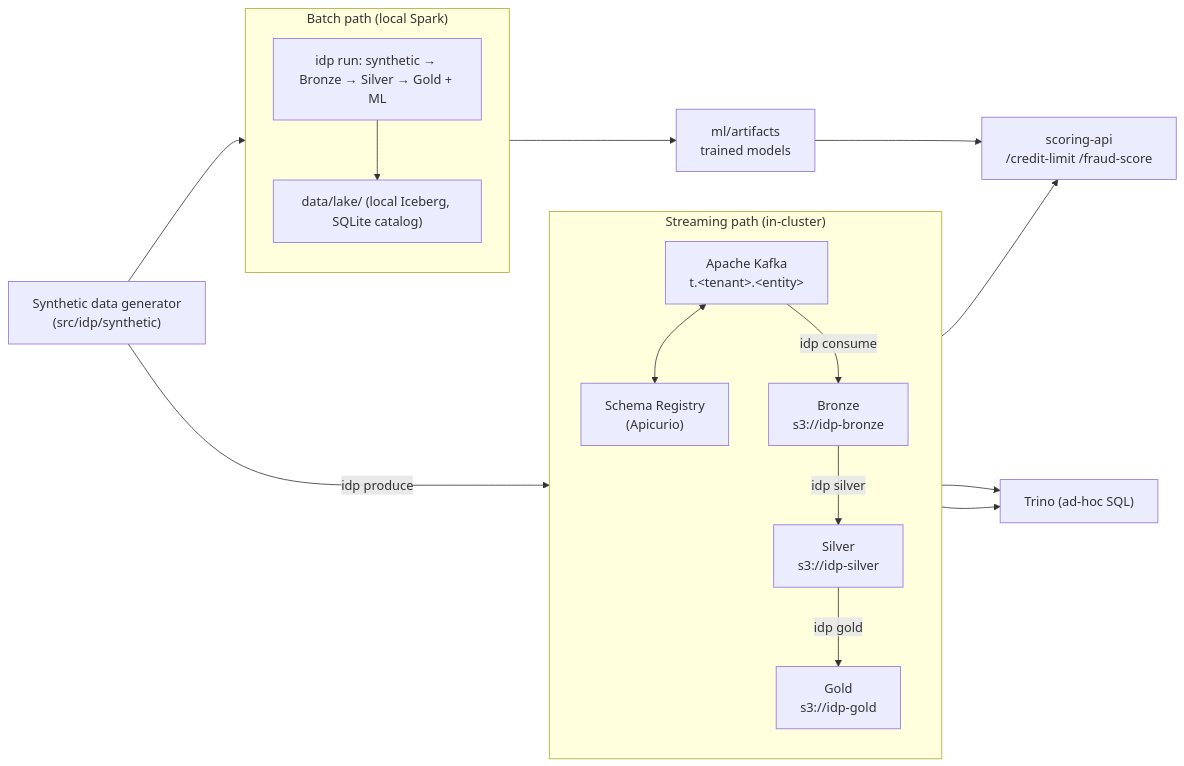
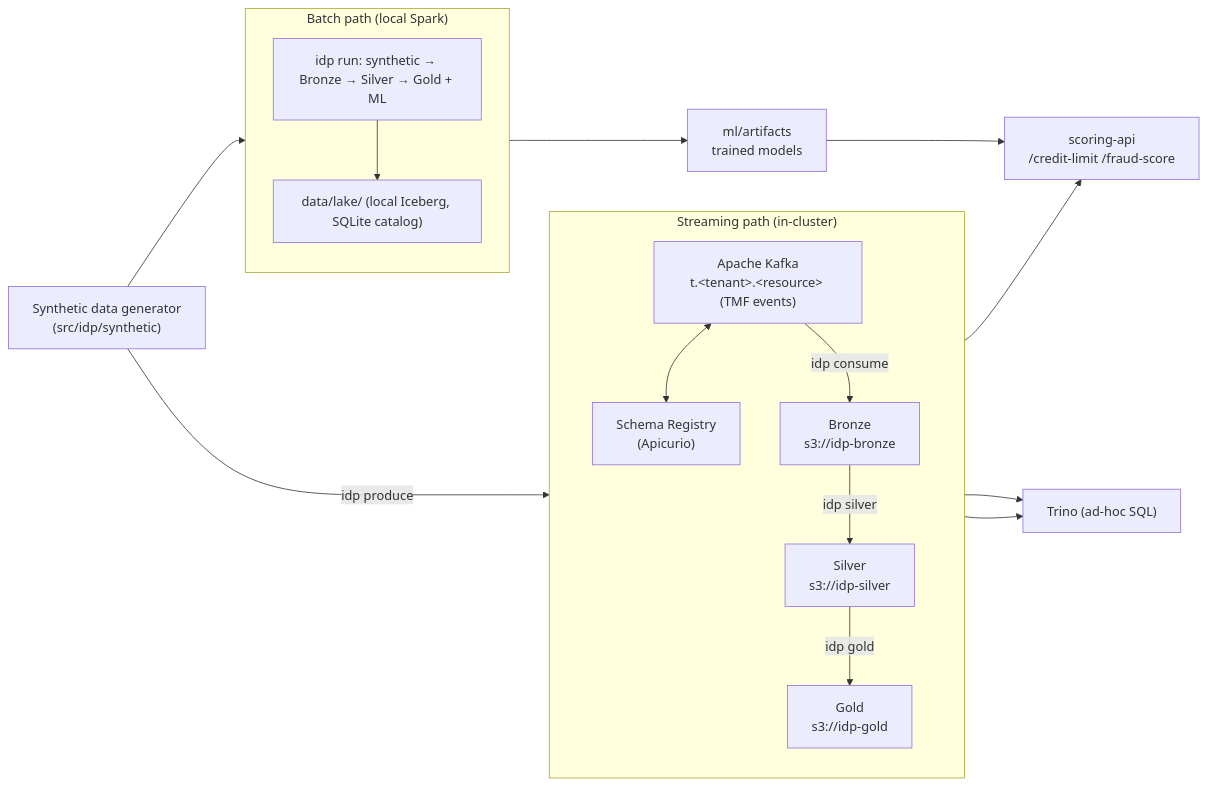
Before and after one commit to vikasagarwal2485/intelligent_data_platform: the first of 2 diagrams in README.md, drawn with Mermaid. The commit also changed other lines of this file and 54 other files, not shown here.

````diff
--- a/README.md
+++ b/README.md
@@ -103,33 +103,33 @@
 ```mermaid
 flowchart LR
     SYN["Synthetic data generator<br/>(src/idp/synthetic)"]
 
     subgraph BATCH["Batch path (local Spark)"]
       direction TB
       B_ALL["idp run: synthetic → Bronze → Silver → Gold + ML"]
       B_OUT["data/lake/ (local Iceberg, SQLite catalog)"]
       B_ALL --> B_OUT
     end
 
     subgraph STREAM["Streaming path (in-cluster)"]
       direction TB
-      KAFKA["Apache Kafka<br/>t.&lt;tenant&gt;.&lt;entity&gt;"]
+      KAFKA["Apache Kafka<br/>t.&lt;tenant&gt;.&lt;resource&gt; (TMF events)"]
       SR["Schema Registry<br/>(Apicurio)"]
       BRONZE["Bronze<br/>s3://idp-bronze"]
       SILVER["Silver<br/>s3://idp-silver"]
       GOLD["Gold<br/>s3://idp-gold"]
       KAFKA <--> SR
       KAFKA -->|idp consume| BRONZE
       BRONZE -->|idp silver| SILVER
       SILVER -->|idp gold| GOLD
     end
 
     SYN --> B_ALL
     SYN -->|idp produce| KAFKA
 
     GOLD --> API["scoring-api<br/>/credit-limit /fraud-score"]
     B_OUT --> MODELS["ml/artifacts<br/>trained models"]
     MODELS --> API
     SILVER --> TRINO["Trino (ad-hoc SQL)"]
     GOLD --> TRINO
 ```
````
